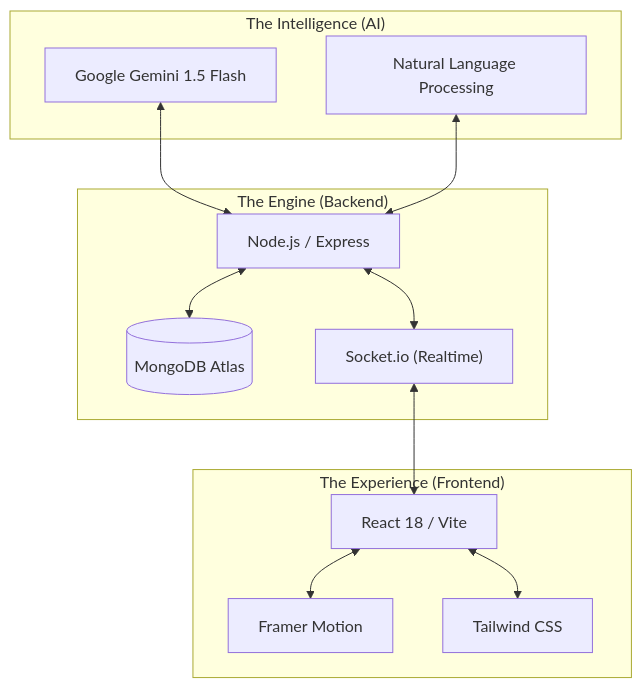
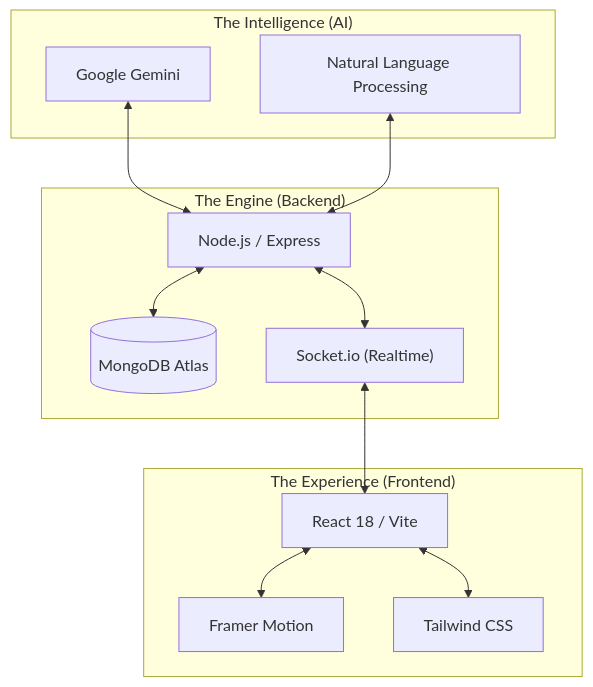
One commit to akhilthirunalveli/MockMate changed the first of 3 diagrams in README.md. Above: the diagram before and after it, drawn with Mermaid. The commit also changed other lines of this file, not shown here.

````diff
--- a/README.md
+++ b/README.md
@@ -14,27 +13,27 @@
 ```mermaid
 graph TD
     subgraph "The Intelligence (AI)"
-        GE["Google Gemini 1.5 Flash"]
+        GE["Google Gemini "]
         NLP["Natural Language Processing"]
     end
 
     subgraph "The Engine (Backend)"
         NO["Node.js / Express"]
         DB[("MongoDB Atlas")]
         SK["Socket.io (Realtime)"]
     end
 
     subgraph "The Experience (Frontend)"
         RE["React 18 / Vite"]
         FM["Framer Motion"]
         TW["Tailwind CSS"]
     end
 
     GE <--> NO
     NLP <--> NO
     NO <--> DB
     NO <--> SK
     SK <--> RE
     RE <--> FM
     RE <--> TW
 ```
````
